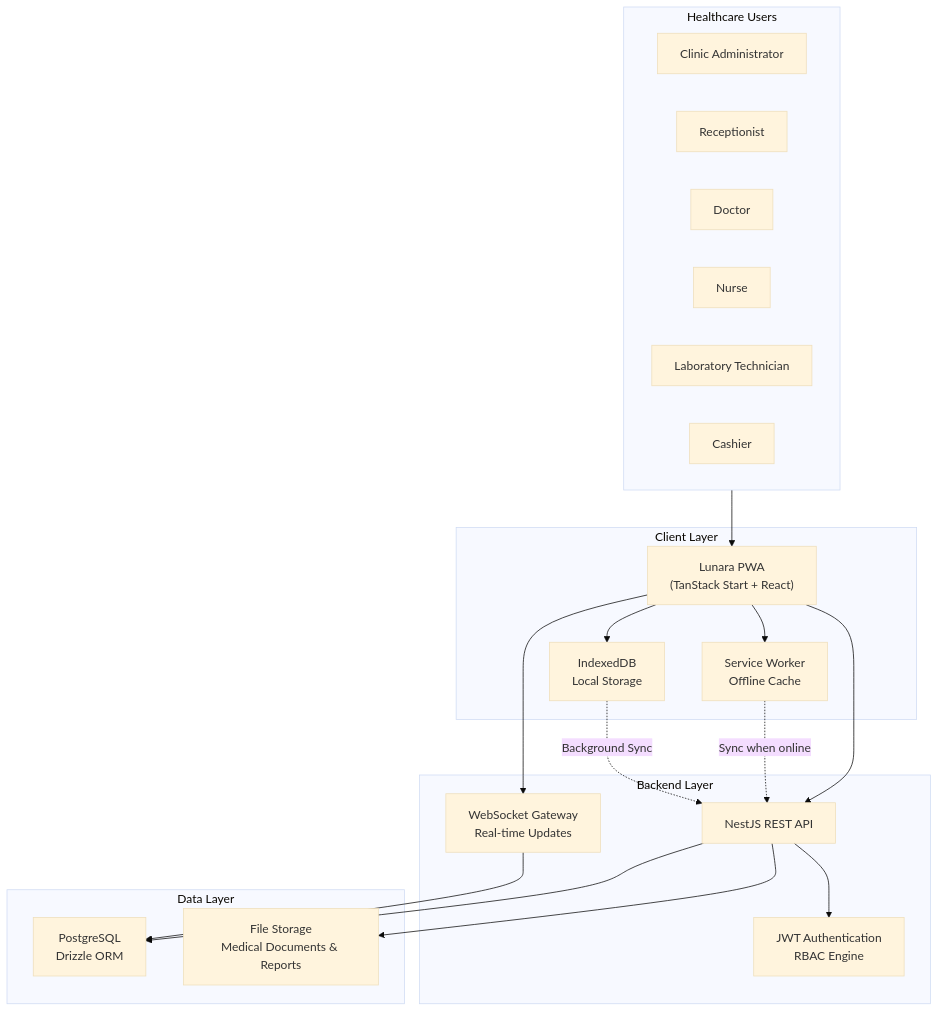
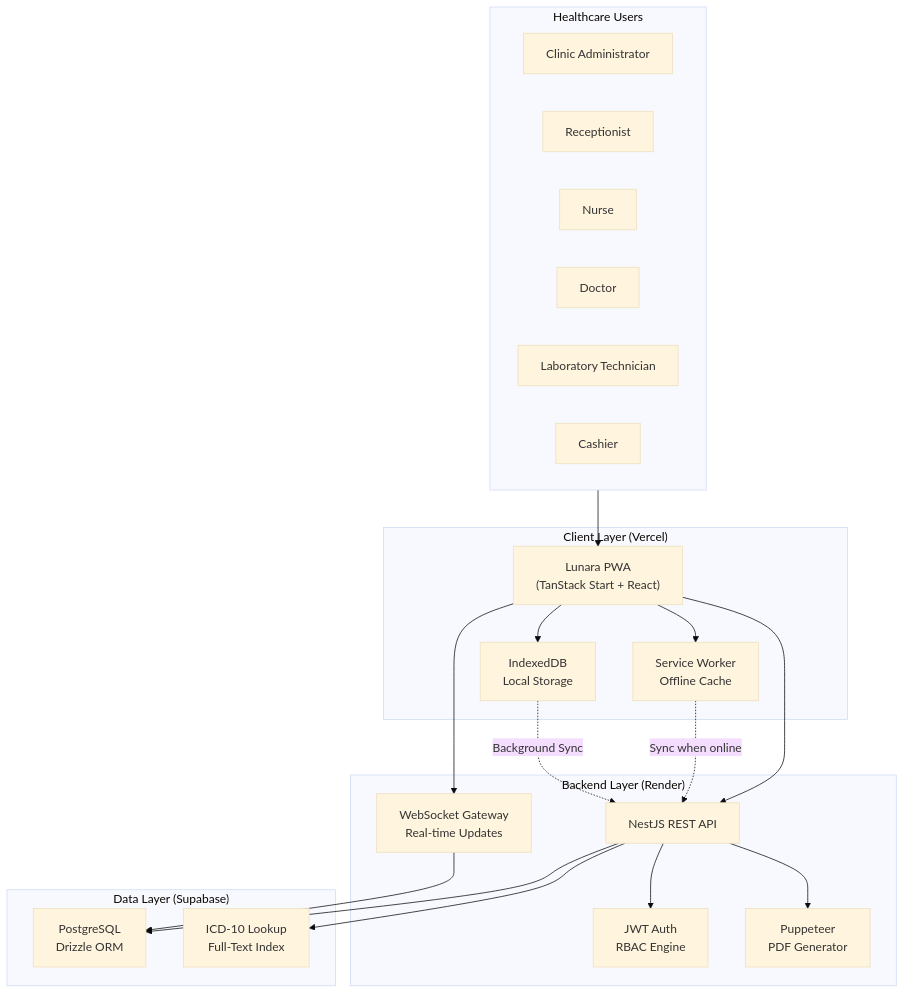
One commit to Mistire/Lunara changed the first of 2 diagrams in README.md. Above: the diagram before and after it, drawn with Mermaid (base theme). The commit also changed other lines of this file and 6 other files, not shown here.

`````diff
--- a/README.md
+++ b/README.md
@@ -167,46 +181,48 @@
 ```mermaid
 flowchart TB
 
     subgraph Users["Healthcare Users"]
         Admin["Clinic Administrator"]
         Reception["Receptionist"]
+        Nurse["Nurse"]
         Doctor["Doctor"]
-        Nurse["Nurse"]
         Lab["Laboratory Technician"]
         Cashier["Cashier"]
     end
 
-    subgraph Client["Client Layer"]
+    subgraph Client["Client Layer (Vercel)"]
         Web["Lunara PWA<br/>(TanStack Start + React)"]
-        Cache["Service Worker<br/>Offline Cache"]
-        LocalDB["IndexedDB<br/>Local Storage"]
+        SW["Service Worker<br/>Offline Cache"]
+        IDB["IndexedDB<br/>Local Storage"]
     end
 
-    subgraph Backend["Backend Layer"]
+    subgraph Backend["Backend Layer (Render)"]
         API["NestJS REST API"]
-        Auth["JWT Authentication<br/>RBAC Engine"]
+        Auth["JWT Auth<br/>RBAC Engine"]
         WS["WebSocket Gateway<br/>Real-time Updates"]
+        PDF["Puppeteer<br/>PDF Generator"]
     end
 
-    subgraph Data["Data Layer"]
+    subgraph Data["Data Layer (Supabase)"]
         DB["PostgreSQL<br/>Drizzle ORM"]
-        Files["File Storage<br/>Medical Documents & Reports"]
+        ICD["ICD-10 Lookup<br/>Full-Text Index"]
     end
 
     Users --> Web
 
-    Web --> Cache
-    Web --> LocalDB
+    Web --> SW
+    Web --> IDB
 
     Web --> API
     Web --> WS
 
     API --> Auth
     API --> DB
-    API --> Files
+    API --> PDF
+    API --> ICD
 
     WS --> DB
 
-    Cache -. Sync when online .-> API
-    LocalDB -. Background Sync .-> API
-````
+    SW -. Sync when online .-> API
+    IDB -. Background Sync .-> API
+```
`````
